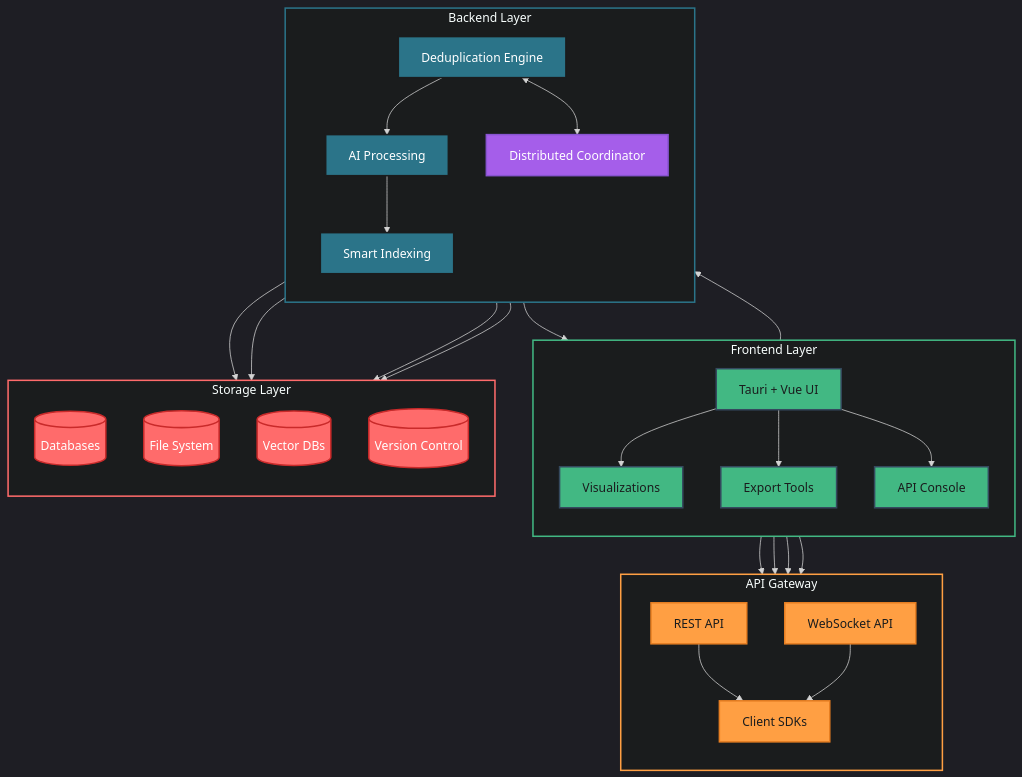
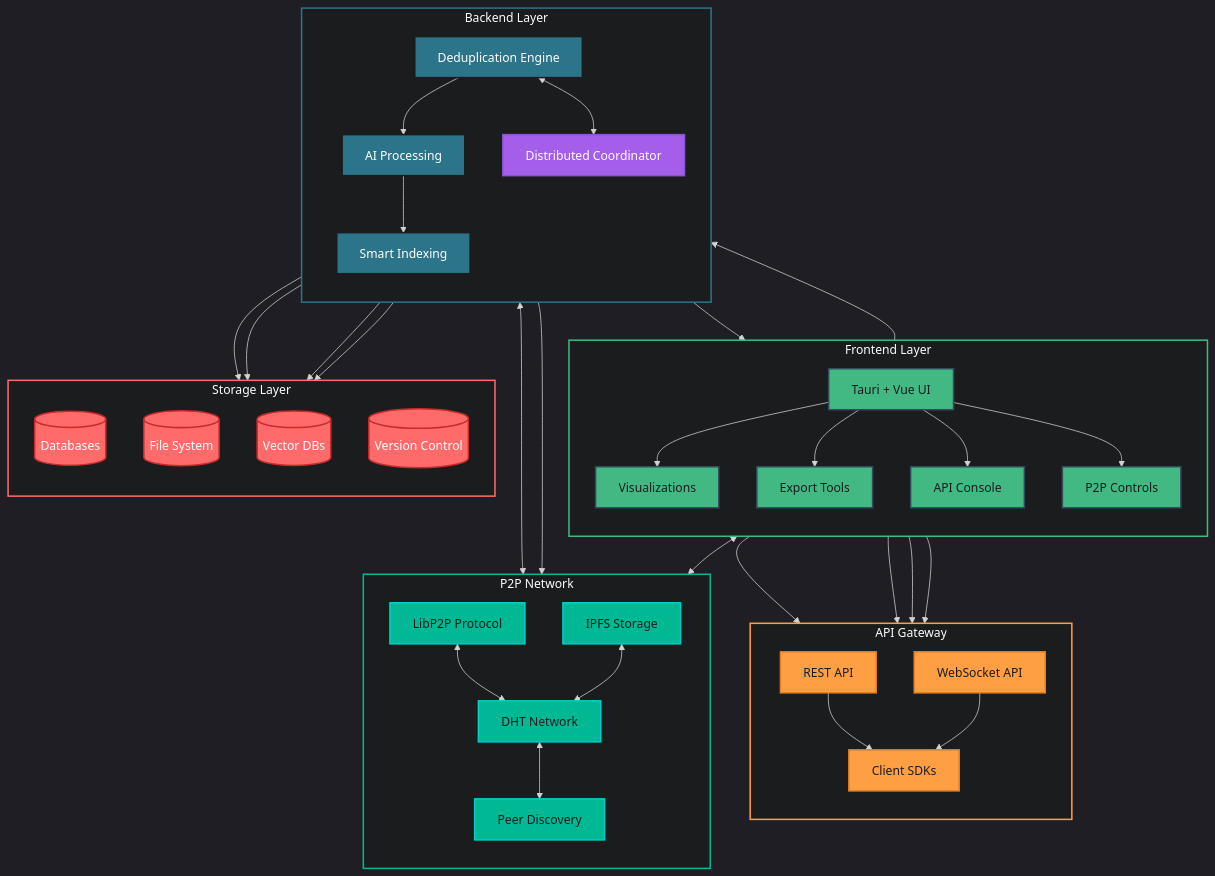
Before and after one commit to jermsam/jdeduplix: the first of 3 diagrams in ReadMe.md, drawn with Mermaid. The commit also changed other lines of this file, not shown here.

Commit message:
broken down diagram for clarity

````diff
--- a/ReadMe.md
+++ b/ReadMe.md
@@ -9,57 +9,76 @@
 ```mermaid
 %%{init: {'theme': 'dark', 'themeVariables': { 'darkMode': true }}}%%
 flowchart TD
     classDef frontend fill:#42b883,stroke:#35495e,stroke-width:2px,color:#1a1c1d
     classDef backend fill:#2b7489,stroke:#1a1c1d,stroke-width:2px,color:white
     classDef storage fill:#ff6b6b,stroke:#c92a2a,stroke-width:2px,color:white
     classDef api fill:#ff9f43,stroke:#e67e22,stroke-width:2px,color:#1a1c1d
     classDef dist fill:#a55eea,stroke:#8854d0,stroke-width:2px,color:white
+    classDef p2p fill:#00b894,stroke:#00cec9,stroke-width:2px,color:#1a1c1d
 
     subgraph FE[Frontend Layer]
         direction TB
         UI[Tauri + Vue UI]:::frontend
         VIS[Visualizations]:::frontend
         EXP[Export Tools]:::frontend
         APIC[API Console]:::frontend
+        P2PC[P2P Controls]:::frontend
     end
 
     subgraph BE[Backend Layer]
         direction TB
         DE[Deduplication Engine]:::backend
         AI[AI Processing]:::backend
         IDX[Smart Indexing]:::backend
         DIST[Distributed Coordinator]:::dist
     end
 
     subgraph ST[Storage Layer]
         direction TB
         DB[(Databases)]:::storage
         FS[(File System)]:::storage
         VDB[(Vector DBs)]:::storage
         GIT[(Version Control)]:::storage
     end
 
     subgraph AG[API Gateway]
         direction TB
         REST[REST API]:::api
         WS[WebSocket API]:::api
         SDK[Client SDKs]:::api
     end
 
+    subgraph P2P[P2P Network]
+        direction TB
+        DHT[DHT Network]:::p2p
+        IPFS[IPFS Storage]:::p2p
+        LIBP2P[LibP2P Protocol]:::p2p
+        DISCO[Peer Discovery]:::p2p
+    end
+
     UI --> DE
     DE --> AI
     AI --> IDX
     IDX --> DB & FS & VDB & GIT
     IDX --> UI
-    UI --> VIS & EXP & APIC
+    UI --> VIS & EXP & APIC & P2PC
     
     DE <--> DIST
     
     APIC & UI --> REST & WS
     REST & WS --> SDK
 
+    %% P2P Connections
+    P2PC <--> LIBP2P
+    LIBP2P <--> DHT
+    DHT <--> DISCO
+    IPFS <--> DHT
+    DE <--> LIBP2P
+    IDX --> IPFS
+
     style FE fill:#1a1c1d,stroke:#42b883,stroke-width:2px
     style BE fill:#1a1c1d,stroke:#2b7489,stroke-width:2px
     style ST fill:#1a1c1d,stroke:#ff6b6b,stroke-width:2px
     style AG fill:#1a1c1d,stroke:#ff9f43,stroke-width:2px
+    style P2P fill:#1a1c1d,stroke:#00b894,stroke-width:2px
 ```
````
